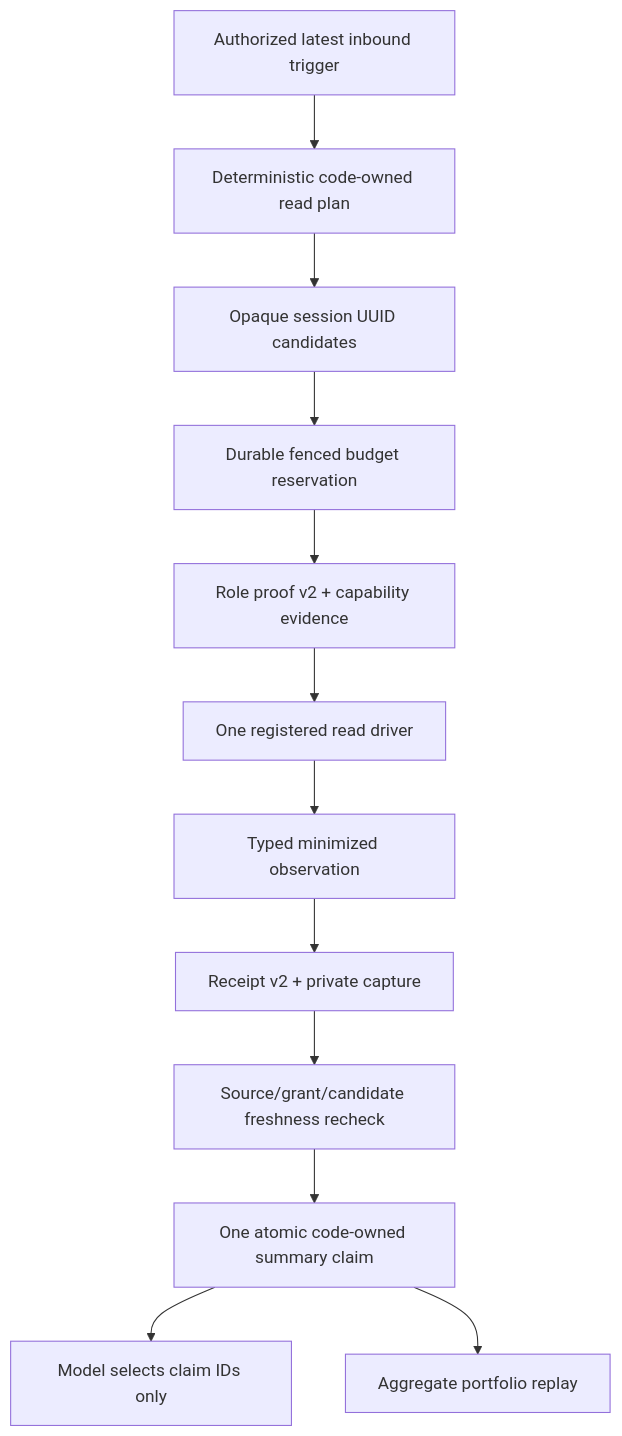
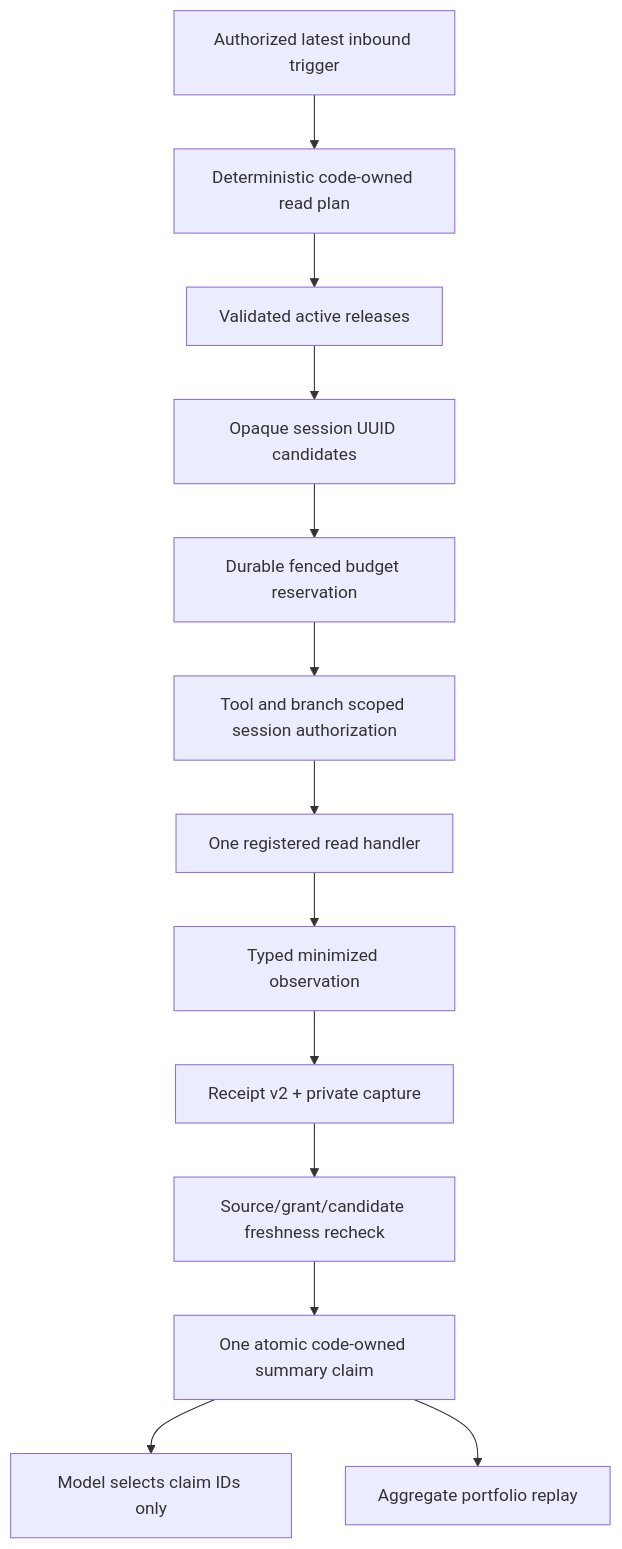
Before and after one commit to kufupa/Zero: the diagram in docs/superpowers/plans/2026-08-05-phase-b-hms-read-expansion.md, drawn with Mermaid. The commit also changed other lines of this file and 1 other file, not shown here.

````diff
--- a/docs/superpowers/plans/2026-08-05-phase-b-hms-read-expansion.md
+++ b/docs/superpowers/plans/2026-08-05-phase-b-hms-read-expansion.md
@@ -242,14 +327,15 @@
 ```mermaid
 flowchart TD
   trigger["Authorized latest inbound trigger"] --> planner["Deterministic code-owned read plan"]
-  planner --> candidates["Opaque session UUID candidates"]
+  planner --> active["Validated active releases"]
+  active --> candidates["Opaque session UUID candidates"]
   candidates --> reserve["Durable fenced budget reservation"]
-  reserve --> role["Role proof v2 + capability evidence"]
-  role --> runtime["One registered read driver"]
+  reserve --> auth["Tool and branch scoped session authorization"]
+  auth --> runtime["One registered read handler"]
   runtime --> validated["Typed minimized observation"]
   validated --> receipt["Receipt v2 + private capture"]
   receipt --> fresh["Source/grant/candidate freshness recheck"]
   fresh --> claims["One atomic code-owned summary claim"]
   claims --> model["Model selects claim IDs only"]
   claims --> replay["Aggregate portfolio replay"]
 ```
````
